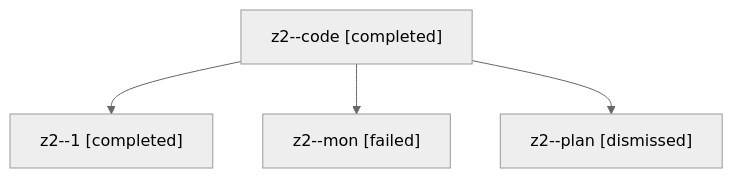
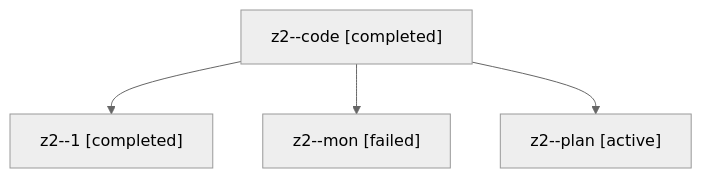
Before and after one commit to sase-org/sase--agents: the diagram in families/bbugyi200.athena.z2.md, drawn with Mermaid (neutral theme). The commit also changed other lines of this file and 35830 other files, not shown here.

````diff
--- a/families/bbugyi200.athena.z2.md
+++ b/families/bbugyi200.athena.z2.md
@@ -9,10 +9,10 @@
 ```mermaid
 flowchart TD
   n0["z2--code [completed]"]
   n1["z2--1 [completed]"]
   n0 --> n1
   n2["z2--mon [failed]"]
   n0 --> n2
-  n3["z2--plan [dismissed]"]
+  n3["z2--plan [active]"]
   n0 --> n3
 ```
````
